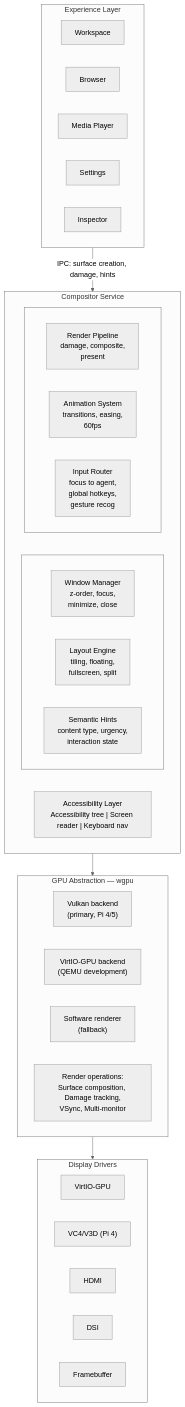
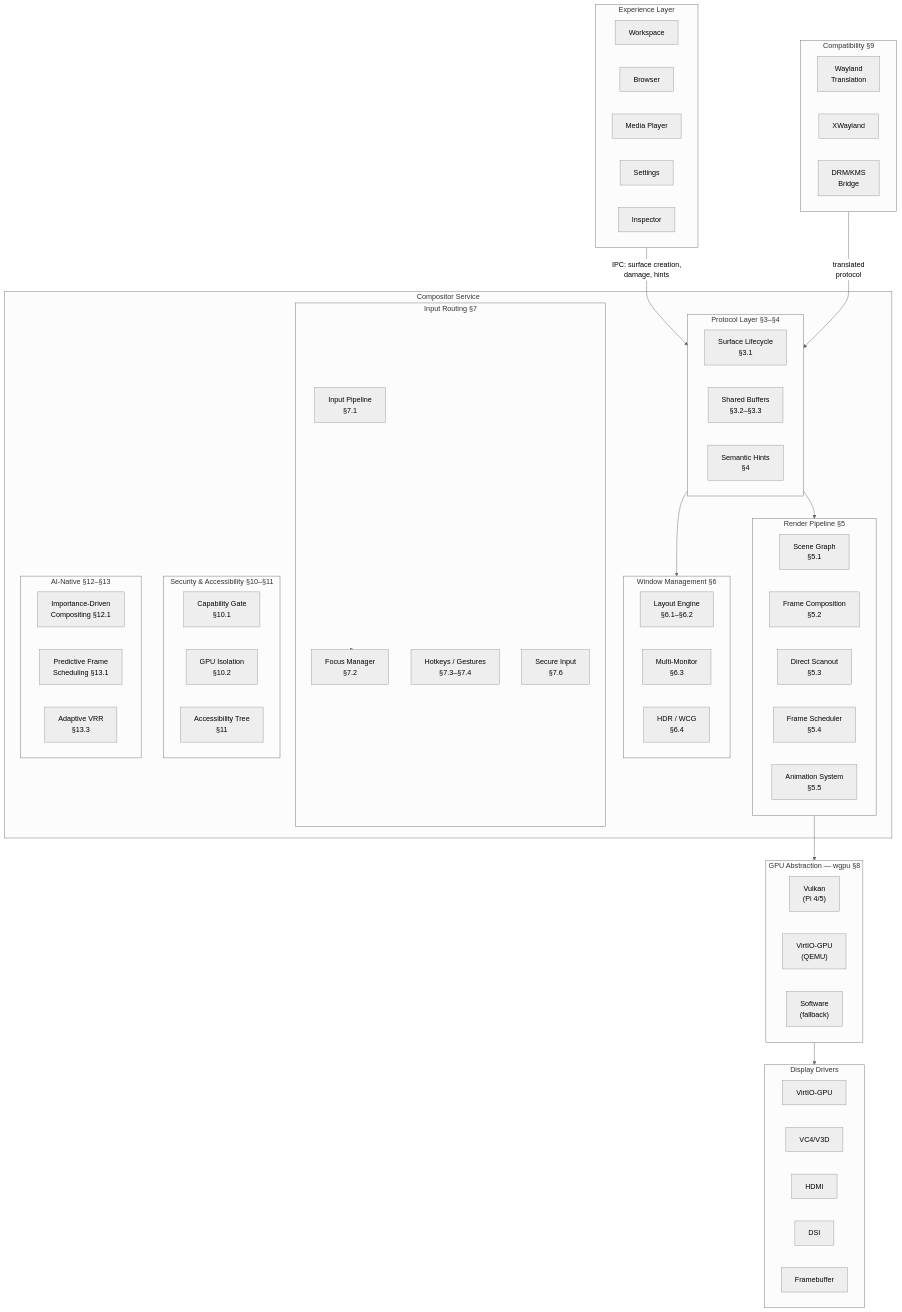
Before and after one commit to juslee/aios: the diagram in docs/platform/compositor.md, drawn with Mermaid (neutral theme). The commit also changed other lines of this file and 7 other files, not shown here.

First line of the commit message:
Docs: Restructure compositor architecture into hub + 6 sub-docs

````diff
--- a/docs/platform/compositor.md
+++ b/docs/platform/compositor.md
@@ -29,60 +53,76 @@
         Inspector
     end
 
-    Experience -->|"IPC: surface creation, damage, hints"| Compositor
+    Experience -->|"IPC: surface creation,\ndamage, hints"| Protocol
 
     subgraph Compositor["Compositor Service"]
-        subgraph CoreModules[" "]
-            direction LR
-            WM["`Window Manager
-z-order, focus,
-minimize, close`"]
-            LE["`Layout Engine
-tiling, floating,
-fullscreen, split`"]
-            SH["`Semantic Hints
-content type, urgency,
-interaction state`"]
+        subgraph Protocol["Protocol Layer §3–§4"]
+            SL["Surface Lifecycle\n§3.1"]
+            SBP["Shared Buffers\n§3.2–§3.3"]
+            SH["Semantic Hints\n§4"]
         end
-        subgraph PipelineModules[" "]
-            direction LR
-            RP["`Render Pipeline
-damage, composite,
-present`"]
-            AS["`Animation System
-transitions, easing,
-60fps`"]
-            IR["`Input Router
-focus to agent,
-global hotkeys,
-gesture recog`"]
+
+        subgraph Rendering["Render Pipeline §5"]
+            SG["Scene Graph\n§5.1"]
+            FC["Frame Composition\n§5.2"]
+            DS["Direct Scanout\n§5.3"]
+            FS["Frame Scheduler\n§5.4"]
+            AN["Animation System\n§5.5"]
         end
-        AL["`Accessibility Layer
-Accessibility tree | Screen reader | Keyboard nav`"]
+
+        subgraph WM["Window Management §6"]
+            LE["Layout Engine\n§6.1–§6.2"]
+            MM["Multi-Monitor\n§6.3"]
+            HDR["HDR / WCG\n§6.4"]
+        end
+
+        subgraph Input["Input Routing §7"]
+            IR["Input Pipeline\n§7.1"]
+            FM["Focus Manager\n§7.2"]
+            HK["Hotkeys / Gestures\n§7.3–§7.4"]
+            SI["Secure Input\n§7.6"]
+        end
+
+        subgraph Security["Security & Accessibility §10–§11"]
+            CG["Capability Gate\n§10.1"]
+            GI["GPU Isolation\n§10.2"]
+            AT["Accessibility Tree\n§11"]
+        end
+
+        subgraph AI["AI-Native §12–§13"]
+            IDC["Importance-Driven\nCompositing §12.1"]
+            PFS["Predictive Frame\nScheduling §13.1"]
+            VRR["Adaptive VRR\n§13.3"]
+        end
     end
 
-    Compositor --> GPU
+    Protocol --> Rendering
+    Protocol --> WM
+    Input --> FM
+    Rendering --> GPU
 
-    subgraph GPU["GPU Abstraction — wgpu"]
+    subgraph GPU["GPU Abstraction — wgpu §8"]
         direction LR
-        Vulkan["`Vulkan backend
-(primary, Pi 4/5)`"]
-        VirtIOGPU["`VirtIO-GPU backend
-(QEMU development)`"]
-        SoftwareRenderer["`Software renderer
-(fallback)`"]
-        RenderOps["`Render operations:
-Surface composition, Damage tracking,
-VSync, Multi-monitor`"]
+        Vulkan["Vulkan\n(Pi 4/5)"]
+        VirtIOGPU["VirtIO-GPU\n(QEMU)"]
+        SoftwareRenderer["Software\n(fallback)"]
     end
 
     GPU --> Drivers
 
     subgraph Drivers["Display Drivers"]
         VirtIO["VirtIO-GPU"]
-        VC4["VC4/V3D (Pi 4)"]
+        VC4["VC4/V3D"]
         HDMI
         DSI
         Framebuffer
     end
+
+    subgraph Compat["Compatibility §9"]
+        Wayland["Wayland\nTranslation"]
+        XWayland
+        DRM["DRM/KMS\nBridge"]
+    end
+
+    Compat -->|"translated\nprotocol"| Protocol
 ```
````
